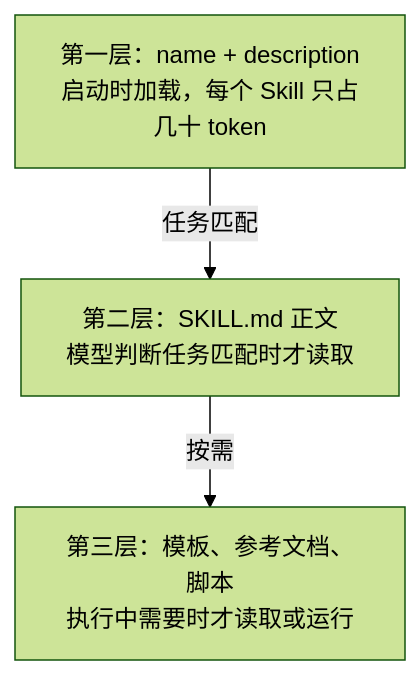
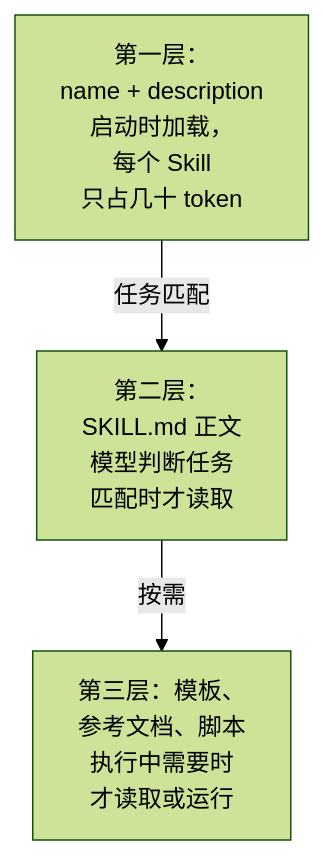
The second of 2 diagrams in books/agent-principles/08-mcp-and-skills.md (jarvis-pro/hatch-shelf), drawn with Mermaid (forest theme) before and after one commit. The commit also changed other lines of this file and 432 other files, not shown here.

````diff
--- a/books/agent-principles/08-mcp-and-skills.md
+++ b/books/agent-principles/08-mcp-and-skills.md
@@ -167,7 +167,7 @@
 ```mermaid
 flowchart TB
-  L1["第一层：name + description<br/>启动时加载，每个 Skill 只占几十 token"]
-  L2["第二层：SKILL.md 正文<br/>模型判断任务匹配时才读取"]
-  L3["第三层：模板、参考文档、脚本<br/>执行中需要时才读取或运行"]
+  L1["第一层：<br/>name + description<br/>启动时加载，<br/>每个 Skill<br/>只占几十 token"]
+  L2["第二层：<br/>SKILL.md 正文<br/>模型判断任务<br/>匹配时才读取"]
+  L3["第三层：模板、<br/>参考文档、脚本<br/>执行中需要时<br/>才读取或运行"]
   L1 -->|"任务匹配"| L2 -->|"按需"| L3
 ```
````
